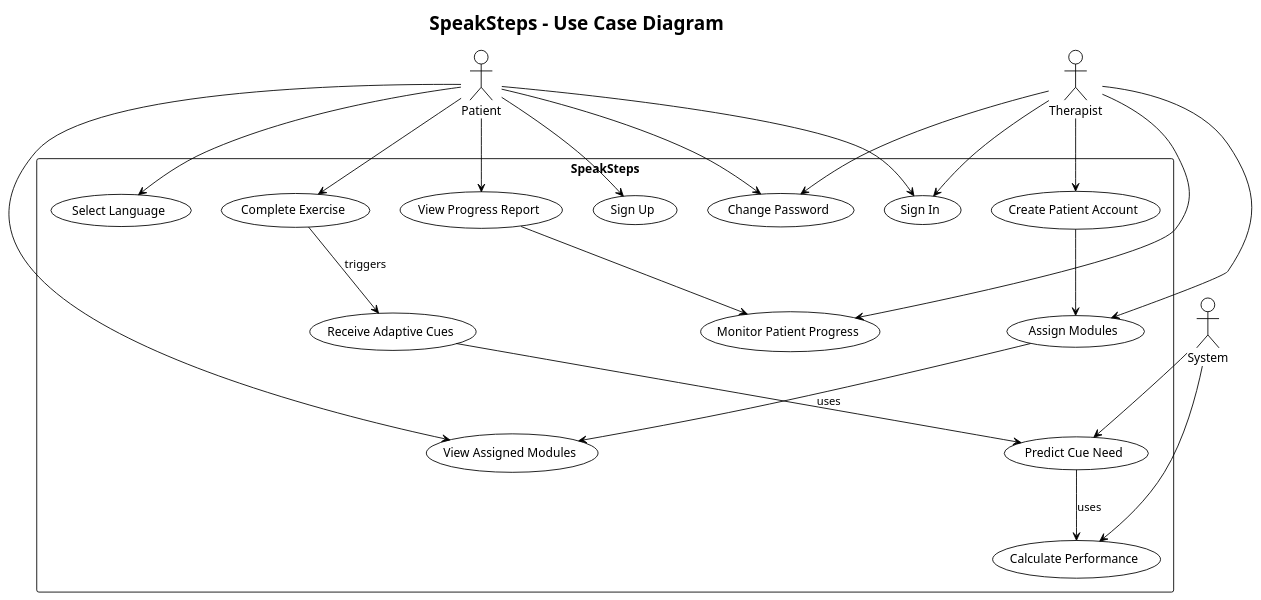
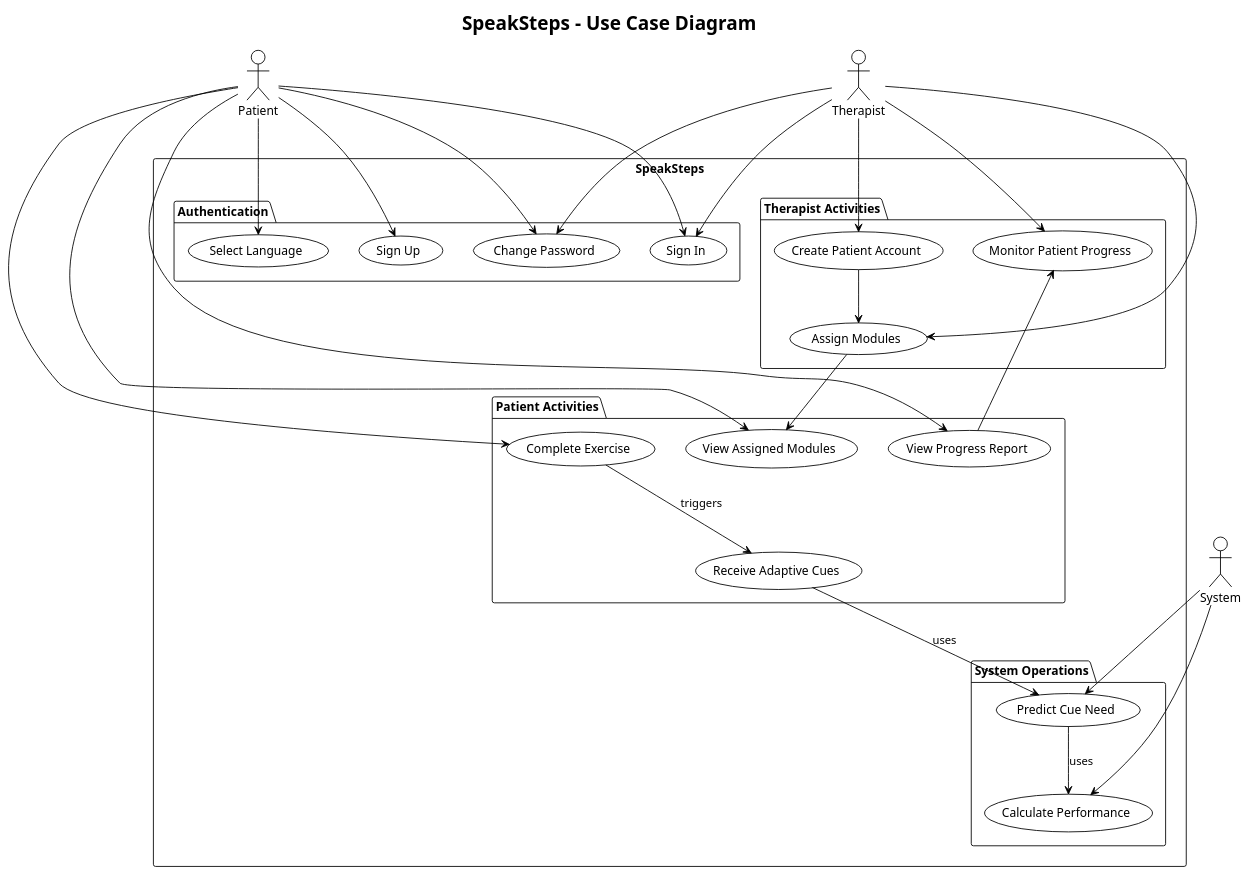
Before and after one commit to nandhns/speaksteps-cursor-hackathon: the diagram in diagrams/01_usecase_diagram.puml, drawn with PlantUML. The commit also changed 35 other files, not shown here.

Commit message:
Diagrams + Debug Webpage

```diff
--- a/diagrams/01_usecase_diagram.puml
+++ b/diagrams/01_usecase_diagram.puml
@@ -1,49 +1,62 @@
 @startuml SpeakSteps_UseCase
 !theme plain
 title SpeakSteps - Use Case Diagram
+
+top to bottom direction
 
 actor Patient as patient
 actor Therapist as therapist
 actor System as system
 
 rectangle SpeakSteps {
-  usecase "Sign In" as UC1
-  usecase "Sign Up" as UC2
-  usecase "Change Password" as UC3
-  usecase "Select Language" as UC4
-  usecase "View Assigned Modules" as UC5
-  usecase "Complete Exercise" as UC6
-  usecase "Receive Adaptive Cues" as UC7
-  usecase "View Progress Report" as UC8
-  usecase "Create Patient Account" as UC9
-  usecase "Assign Modules" as UC10
-  usecase "Monitor Patient Progress" as UC11
-  usecase "Predict Cue Need" as UC13
-  usecase "Calculate Performance" as UC14
+  package "Authentication" {
+    usecase "Sign In" as UC1
+    usecase "Sign Up" as UC2
+    usecase "Change Password" as UC3
+    usecase "Select Language" as UC4
+  }
+  
+  package "Patient Activities" {
+    usecase "View Assigned Modules" as UC5
+    usecase "Complete Exercise" as UC6
+    usecase "Receive Adaptive Cues" as UC7
+    usecase "View Progress Report" as UC8
+  }
+  
+  package "Therapist Activities" {
+    usecase "Create Patient Account" as UC9
+    usecase "Assign Modules" as UC10
+    usecase "Monitor Patient Progress" as UC11
+  }
+  
+  package "System Operations" {
+    usecase "Predict Cue Need" as UC13
+    usecase "Calculate Performance" as UC14
+  }
 }
 
 patient --> UC1
 patient --> UC2
 patient --> UC3
 patient --> UC4
 patient --> UC5
 patient --> UC6
 patient --> UC8
 
 therapist --> UC1
 therapist --> UC3
 therapist --> UC9
 therapist --> UC10
 therapist --> UC11
 
 UC6 --> UC7 : triggers
 UC7 --> UC13 : uses
 UC13 --> UC14 : uses
 UC8 --> UC11
 UC10 --> UC5
 UC9 --> UC10
 
 system --> UC13
 system --> UC14
 
 @enduml
```
